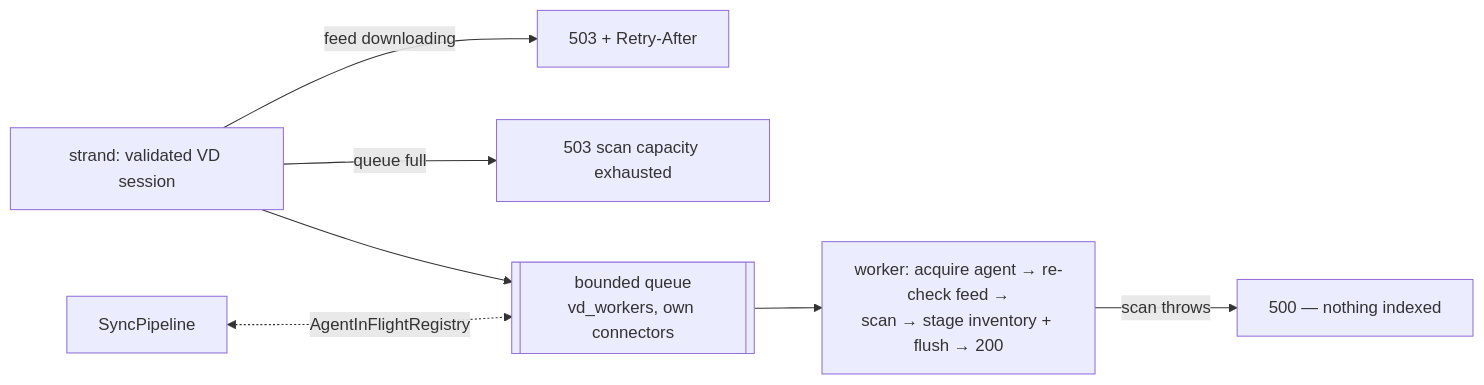
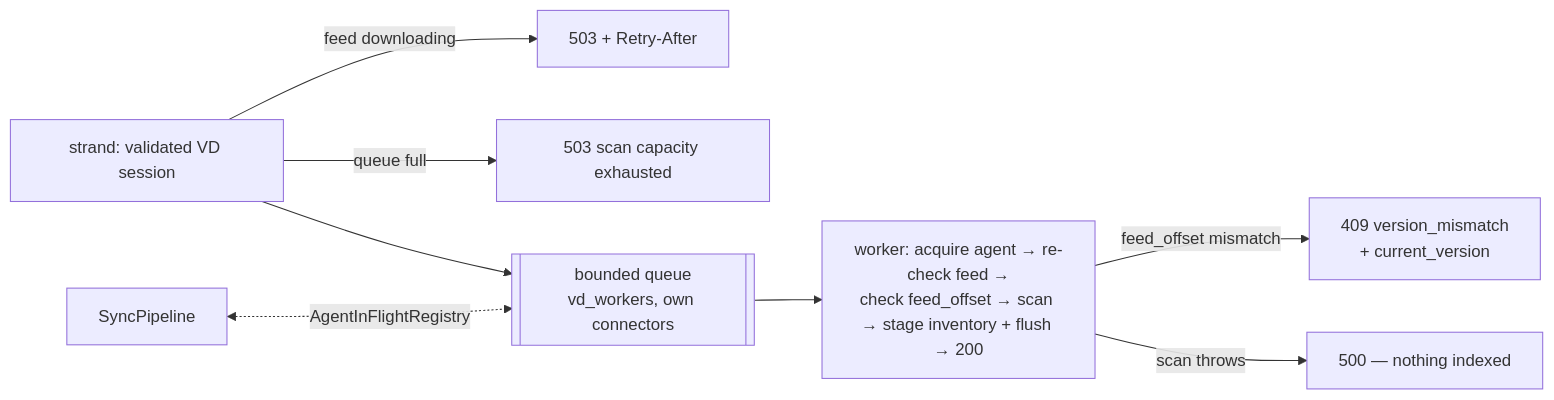
One commit to wazuh/wazuh changed the second of 2 diagrams in src/wazuh_modules/inventory_sync_server/README.md. Above: the diagram before and after it, drawn with Mermaid. The commit also changed other lines of this file and 7 other files, not shown here.

Commit message:
fix: update docs after latest changes in post feed update vd scan

````diff
--- a/src/wazuh_modules/inventory_sync_server/README.md
+++ b/src/wazuh_modules/inventory_sync_server/README.md
@@ -350,9 +350,10 @@
 ```mermaid
 flowchart LR
     S[strand: validated VD session] -->|feed downloading| RA[503 + Retry-After]
     S -->|queue full| C503[503 scan capacity exhausted]
     S --> L[[bounded queue\nvd_workers, own connectors]]
-    L --> W[worker: acquire agent → re-check feed →\nscan → stage inventory + flush → 200]
+    L --> W[worker: acquire agent → re-check feed →\ncheck feed_offset → scan → stage inventory + flush → 200]
+    W -->|feed_offset mismatch| C409[409 version_mismatch\n+ current_version]
     W -->|scan throws| E500[500 — nothing indexed]
     P[SyncPipeline] <-.->|AgentInFlightRegistry| L
 ```
````
